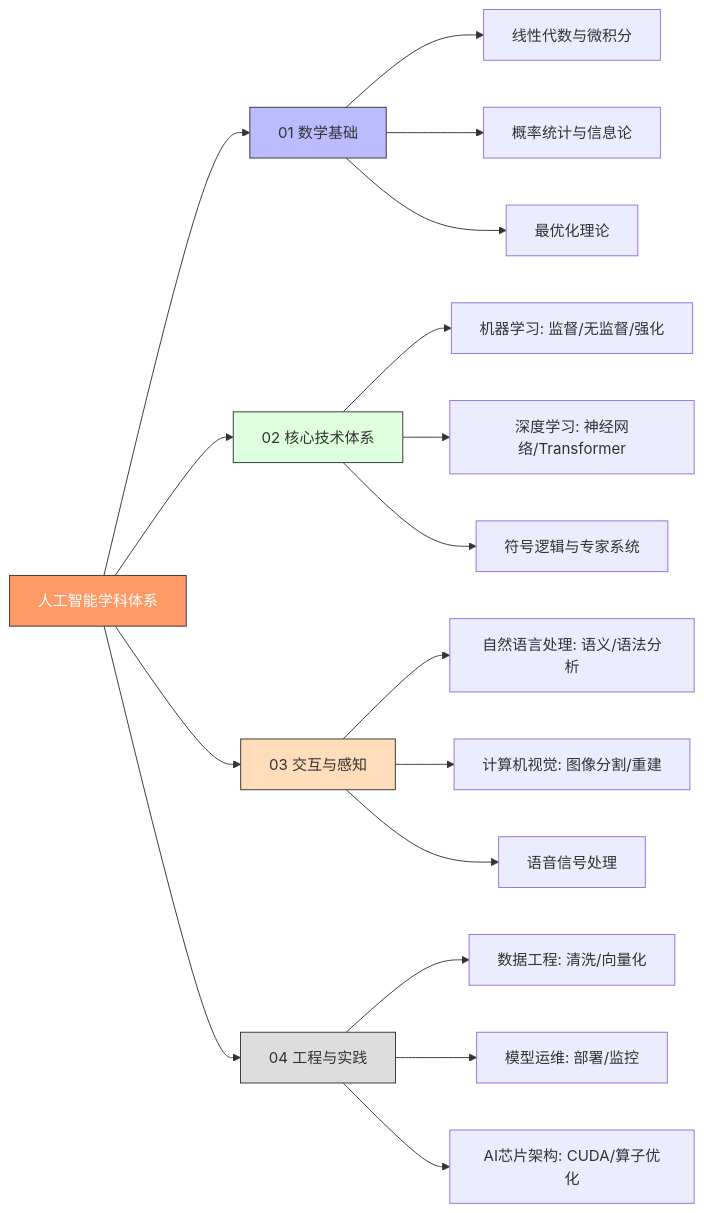
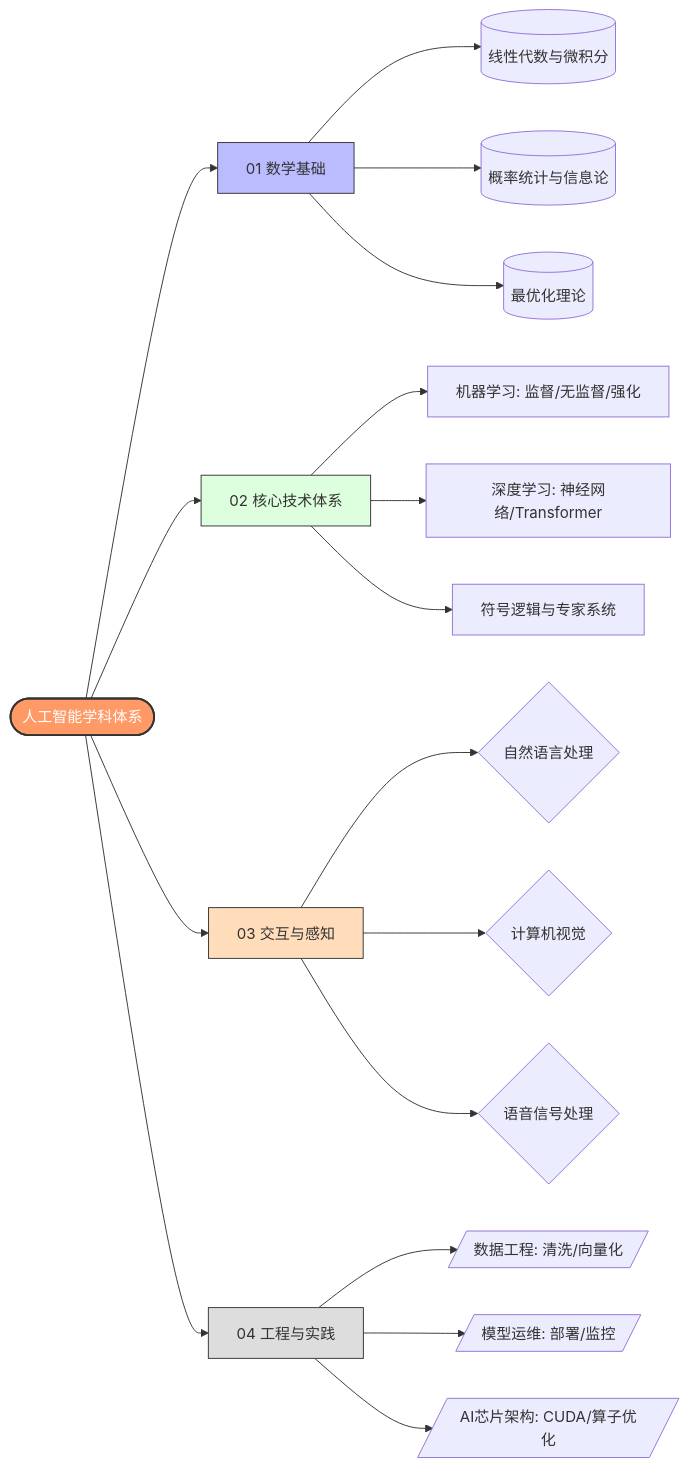
One commit to sunyuboalisa/EngineerBlog changed the diagram in content/LLM/人工智能.md. Above: the diagram before and after it, drawn with Mermaid. The commit also changed 1 other file, not shown here.

Commit message:
vault backup: 2026-06-15 17:27:05

````diff
--- a/content/LLM/人工智能.md
+++ b/content/LLM/人工智能.md
@@ -9,35 +9,35 @@
 ```mermaid
-graph LR
-    %% 核心节点
-    AI[人工智能学科体系] --> Math[01 数学基础]
+flowchart LR
+    %% 核心节点 (使用双圆角形状)
+    AI([人工智能学科体系]) --> Math[01 数学基础]
     AI --> Tech[02 核心技术体系]
     AI --> Interaction[03 交互与感知]
     AI --> Engineering[04 工程与实践]
 
-    %% 数学基础
-    Math --> Calculus[线性代数与微积分]
-    Math --> Probability[概率统计与信息论]
-    Math --> Optimization[最优化理论]
+    %% 数学基础 (使用圆柱形状，强调基础支撑)
+    Math --> Calculus[(线性代数与微积分)]
+    Math --> Probability[(概率统计与信息论)]
+    Math --> Optimization[(最优化理论)]
 
-    %% 核心技术体系
+    %% 核心技术体系 (使用矩形)
     Tech --> ML[机器学习: 监督/无监督/强化]
     Tech --> DL[深度学习: 神经网络/Transformer]
     Tech --> Logic[符号逻辑与专家系统]
 
-    %% 交互与感知
-    Interaction --> NLP[自然语言处理: 语义/语法分析]
-    Interaction --> CV[计算机视觉: 图像分割/重建]
-    Interaction --> Speech[语音信号处理]
+    %% 交互与感知 (使用菱形/决策形状)
+    Interaction --> NLP{自然语言处理}
+    Interaction --> CV{计算机视觉}
+    Interaction --> Speech{语音信号处理}
 
-    %% 工程与实践
-    Engineering --> DataEng[数据工程: 清洗/向量化]
-    Engineering --> MLOps[模型运维: 部署/监控]
-    Engineering --> Hardware[AI芯片架构: CUDA/算子优化]
+    %% 工程与实践 (使用文档/处理形状)
+    Engineering --> DataEng[/数据工程: 清洗/向量化/]
+    Engineering --> MLOps[/模型运维: 部署/监控/]
+    Engineering --> Hardware[/AI芯片架构: CUDA/算子优化/]
 
     %% 样式美化
-    style AI fill:#f96,stroke:#333,color:#fff
+    style AI fill:#f96,stroke:#333,color:#fff,stroke-width:2px
     style Math fill:#bbf,stroke:#333
     style Tech fill:#dfd,stroke:#333
     style Interaction fill:#fdb,stroke:#333
     style Engineering fill:#ddd,stroke:#333
 ```
````
